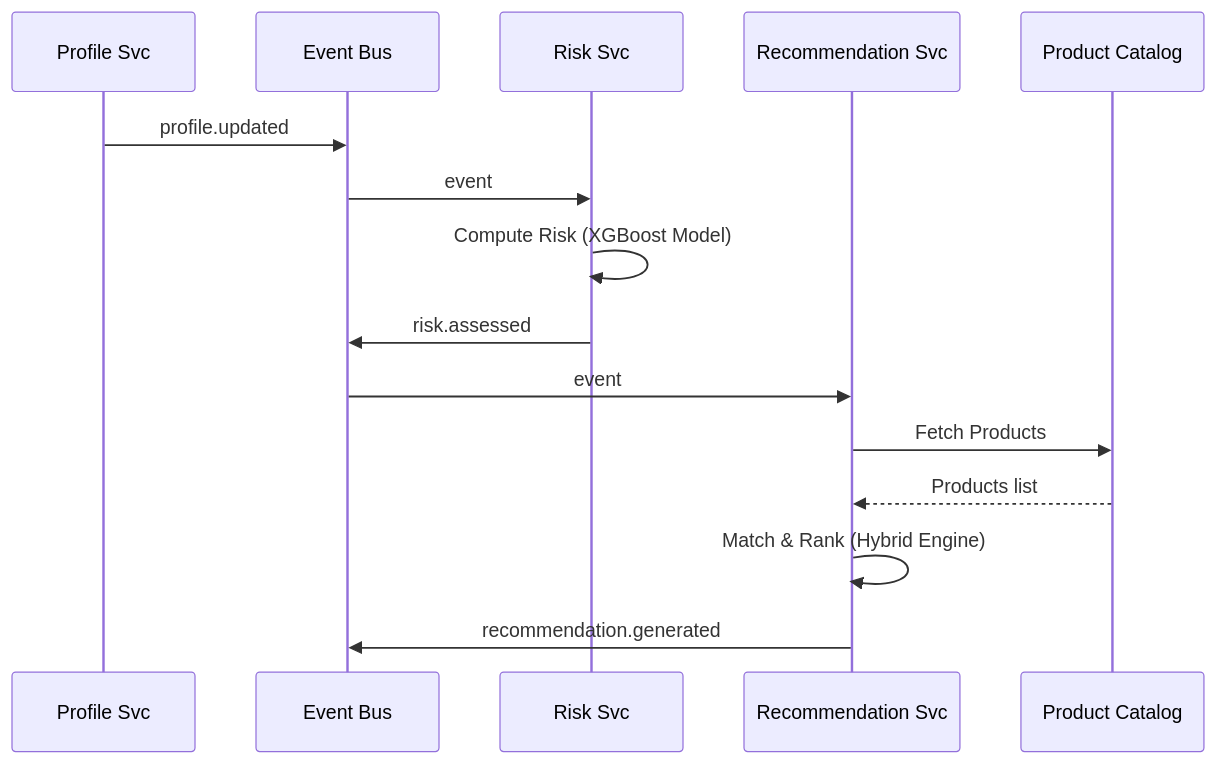
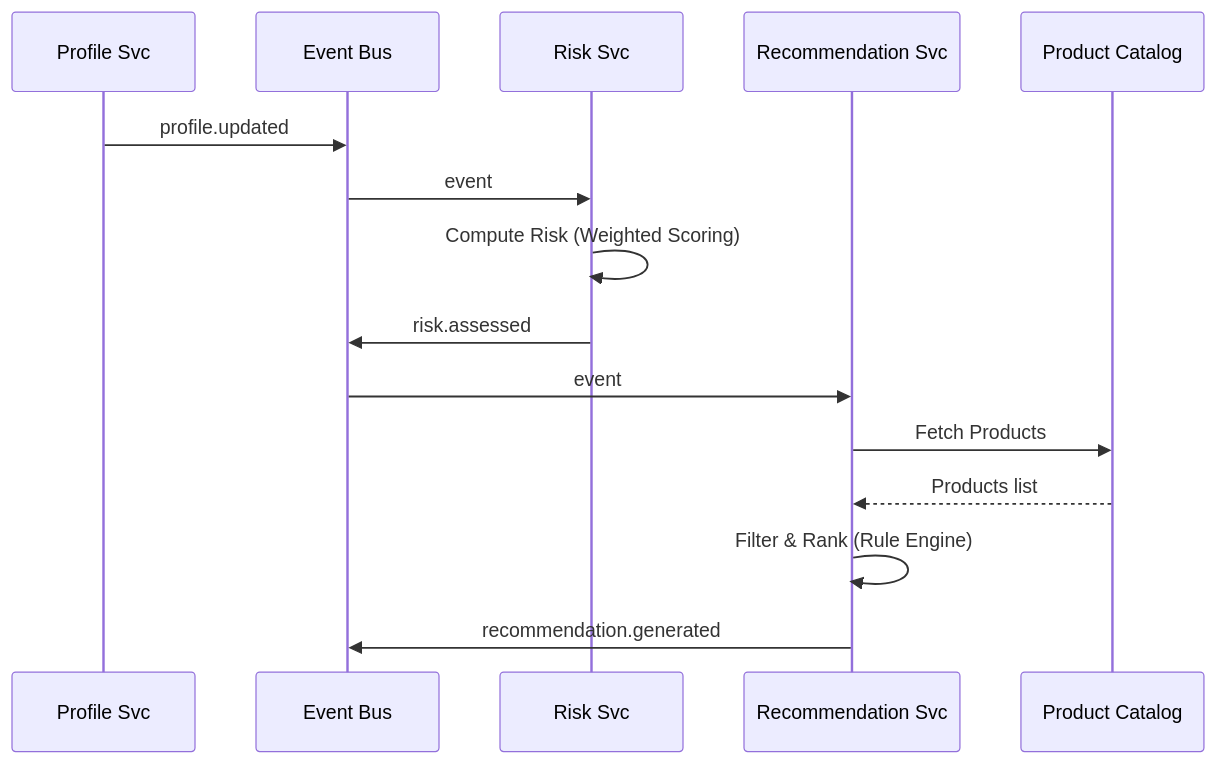
One commit to Cognition-Partner-Workshops/uc-framework-upgrade-monolith-to-microservices changed the third of 14 diagrams in docs/design/02-high-level-design.md. Above: the diagram before and after it, drawn with Mermaid. The commit also changed other lines of this file and 4 other files, not shown here.

````diff
--- a/docs/design/02-high-level-design.md
+++ b/docs/design/02-high-level-design.md
@@ -211,18 +201,18 @@
 ```mermaid
 sequenceDiagram
     participant PS as Profile Svc
     participant EB as Event Bus
     participant RS as Risk Svc
     participant REC as Recommendation Svc
     participant PC as Product Catalog
 
     PS->>EB: profile.updated
     EB->>RS: event
-    RS->>RS: Compute Risk (XGBoost Model)
+    RS->>RS: Compute Risk (Weighted Scoring)
     RS->>EB: risk.assessed
     EB->>REC: event
     REC->>PC: Fetch Products
     PC-->>REC: Products list
-    REC->>REC: Match & Rank (Hybrid Engine)
+    REC->>REC: Filter & Rank (Rule Engine)
     REC->>EB: recommendation.generated
 ```
````
